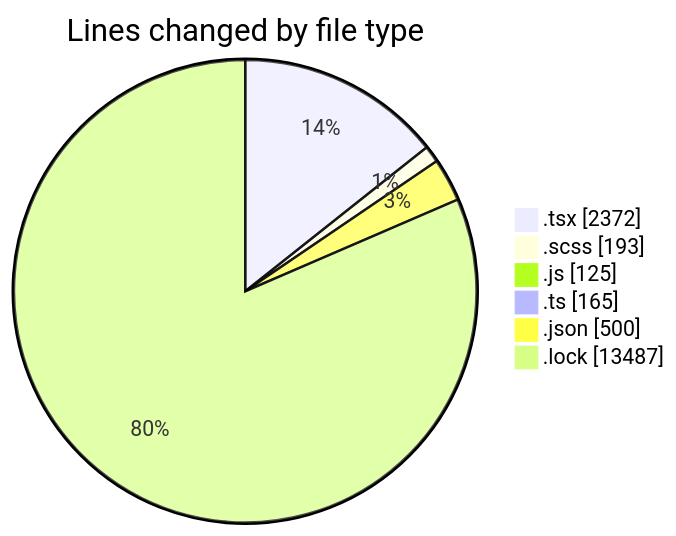
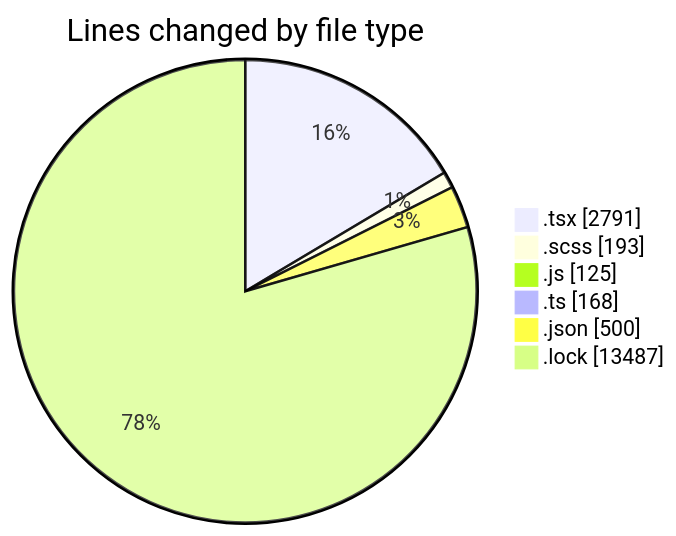
Before and after one commit to momahboobian/code-tracking: the first of 2 diagrams in 2026-04-24/cda/README.md, drawn with Mermaid. The commit also changed other lines of this file and 1 other file, not shown here.

````diff
--- a/2026-04-24/cda/README.md
+++ b/2026-04-24/cda/README.md
@@ -40,10 +44,10 @@
 ```mermaid
 pie showData
 title Lines changed by file type
-".tsx" : 2372
+".tsx" : 2791
 ".scss" : 193
 ".js" : 125
-".ts" : 165
+".ts" : 168
 ".json" : 500
 ".lock" : 13487
 ```
````
